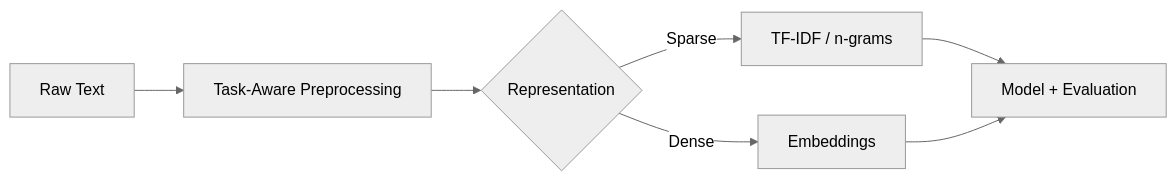
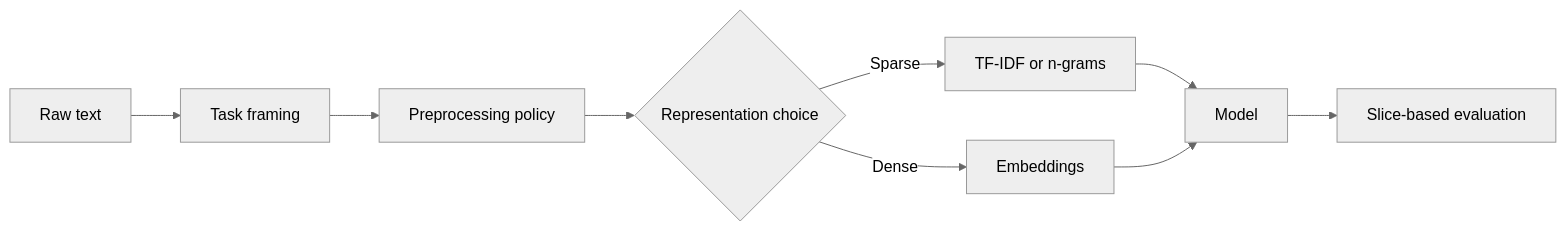
The diagram in _posts/2026-01-18-nlp-fundamentals-from-text-to-features.md (sandeepbhardwaj/sandeepbhardwaj.github.io), drawn with Mermaid (neutral theme) before and after one commit. The commit also changed other lines of this file and 113 other files, not shown here.

````diff
--- a/_posts/2026-01-18-nlp-fundamentals-from-text-to-features.md
+++ b/_posts/2026-01-18-nlp-fundamentals-from-text-to-features.md
@@ -46,9 +44,11 @@
 ```mermaid
 flowchart LR
-    A[Raw Text] --> B[Task-Aware Preprocessing]
-    B --> C{Representation}
-    C -->|Sparse| D[TF-IDF / n-grams]
-    C -->|Dense| E[Embeddings]
-    D --> F[Model + Evaluation]
-    E --> F
+    A[Raw text] --> B[Task framing]
+    B --> C[Preprocessing policy]
+    C --> D{Representation choice}
+    D -->|Sparse| E[TF-IDF or n-grams]
+    D -->|Dense| F[Embeddings]
+    E --> G[Model]
+    F --> G
+    G --> H[Slice-based evaluation]
 ```
````
